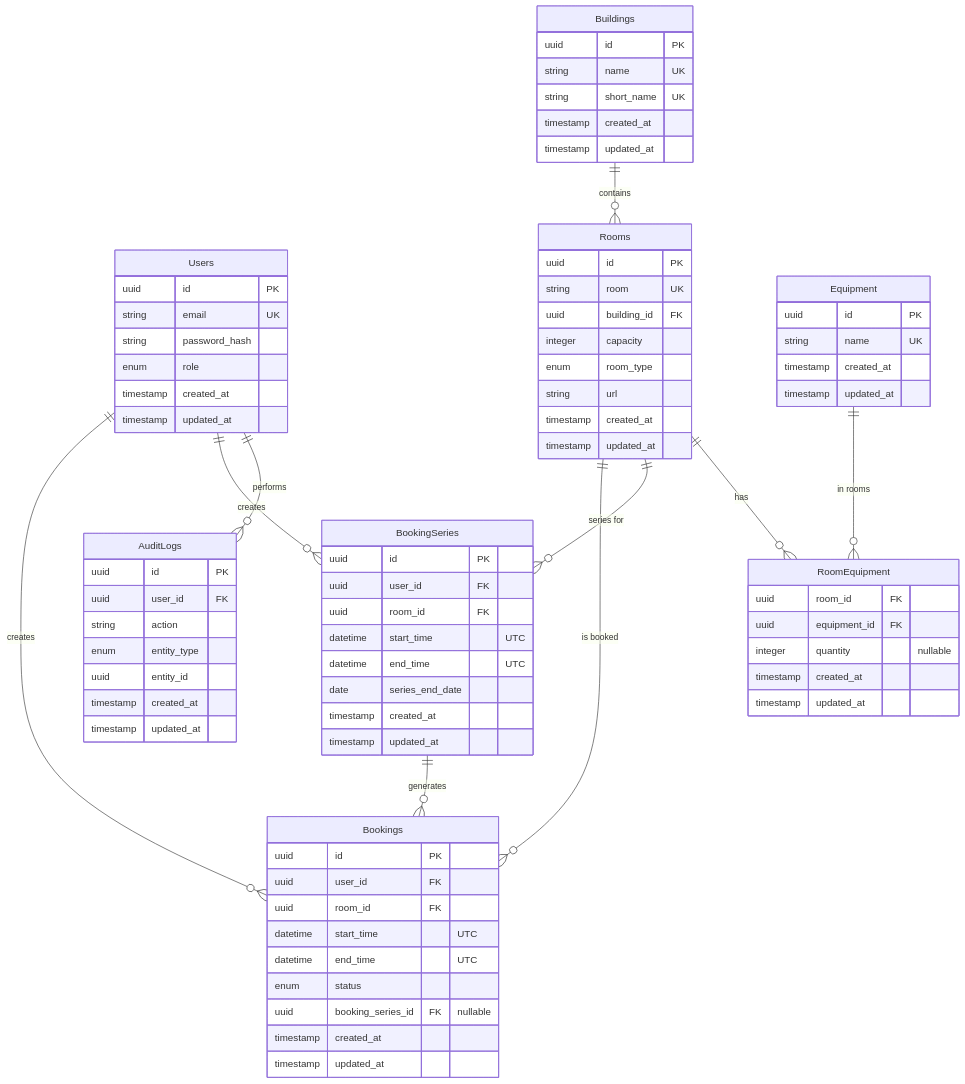
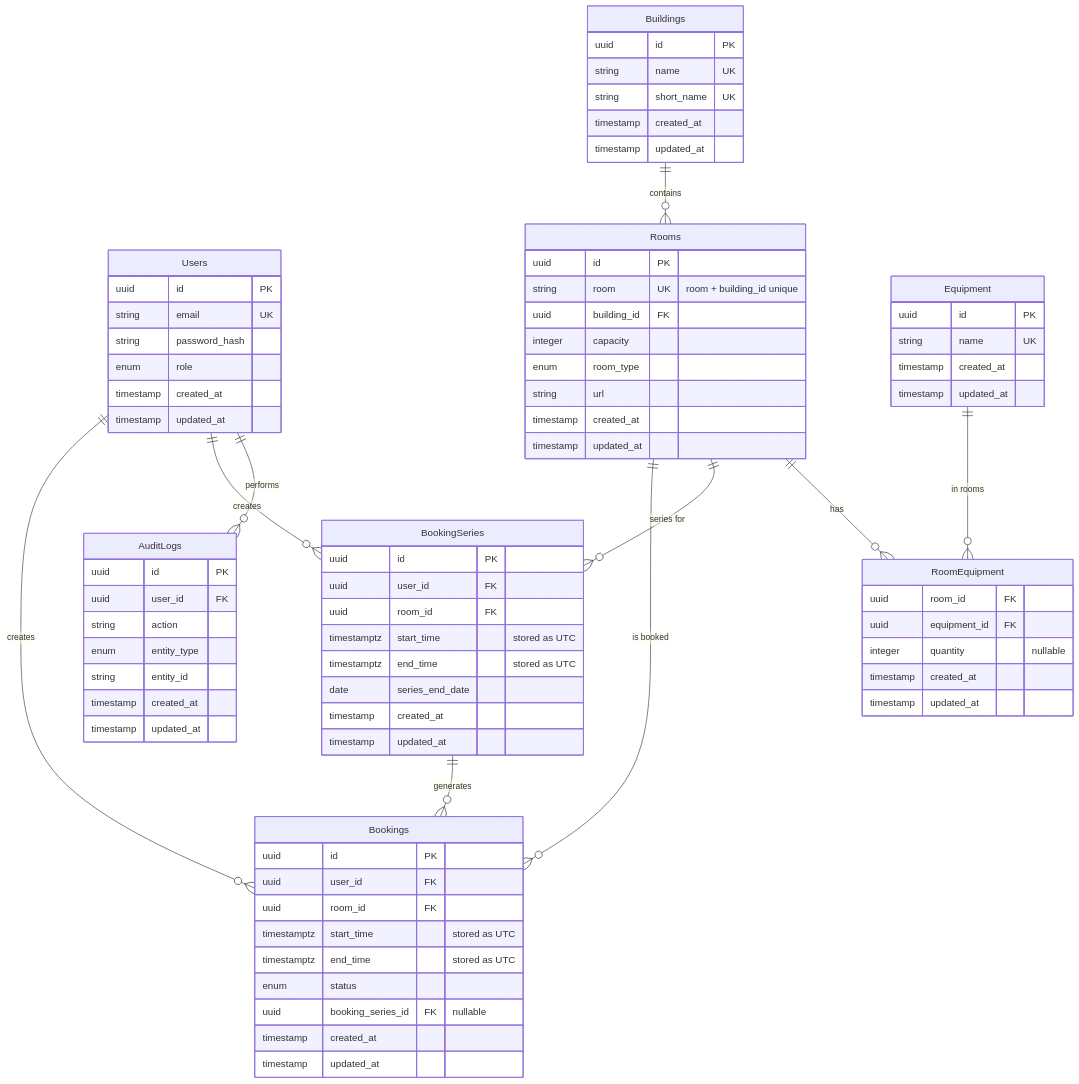
The diagram in docs/db/schema.md (eric-handley/seng-350), drawn with Mermaid before and after one commit. The commit also changed other lines of this file and 3 other files, not shown here.

Commit message:
Minor schema changes

```diff
--- a/docs/db/schema.md
+++ b/docs/db/schema.md
@@ -19,7 +19,7 @@
 
     Rooms {
         uuid id PK
-        string room UK
+        string room UK "room + building_id unique"
         uuid building_id FK
         integer capacity
         enum room_type
@@ -47,8 +47,8 @@
         uuid id PK
         uuid user_id FK
         uuid room_id FK
-        datetime start_time "UTC"
-        datetime end_time "UTC"
+        timestamptz start_time "stored as UTC"
+        timestamptz end_time "stored as UTC"
         enum status
         uuid booking_series_id FK "nullable"
         timestamp created_at
@@ -59,8 +59,8 @@
         uuid id PK
         uuid user_id FK
         uuid room_id FK
-        datetime start_time "UTC"
-        datetime end_time "UTC"
+        timestamptz start_time "stored as UTC"
+        timestamptz end_time "stored as UTC"
         date series_end_date
         timestamp created_at
         timestamp updated_at
@@ -71,7 +71,7 @@
         uuid user_id FK
         string action
         enum entity_type
-        uuid entity_id
+        string entity_id
         timestamp created_at
         timestamp updated_at
     }
```
